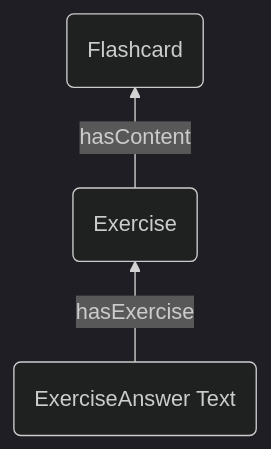
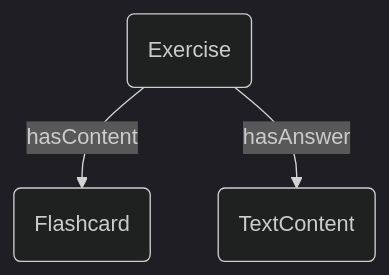
Before and after one commit to Explik/diybirdyapp: the eighth of 10 diagrams in docs/graph-representation.md, drawn with Mermaid (dark theme). The commit also changed other lines of this file, not shown here.

Commit message:
Updating graph representation prior to development

````diff
--- a/docs/graph-representation.md
+++ b/docs/graph-representation.md
@@ -101,9 +107,9 @@
 ```mermaid
-graph BT
-V1(Exercise)
-V2(Flashcard)
-V3(ExerciseAnswer Text)
+graph TB
+Exercise(Exercise)
+Flashcard(Flashcard)
+TextContent(TextContent)
 
-V1--hasContent-->V2
-V3--hasExercise-->V1
-```
+Exercise--hasContent-->Flashcard
+Exercise--hasAnswer-->TextContent
+``` 
````
